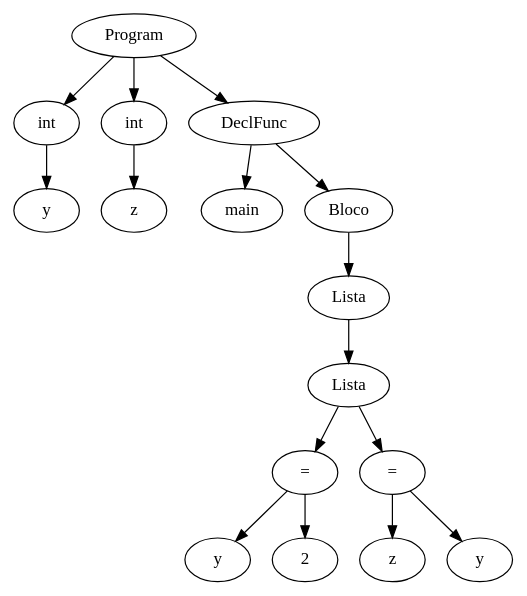
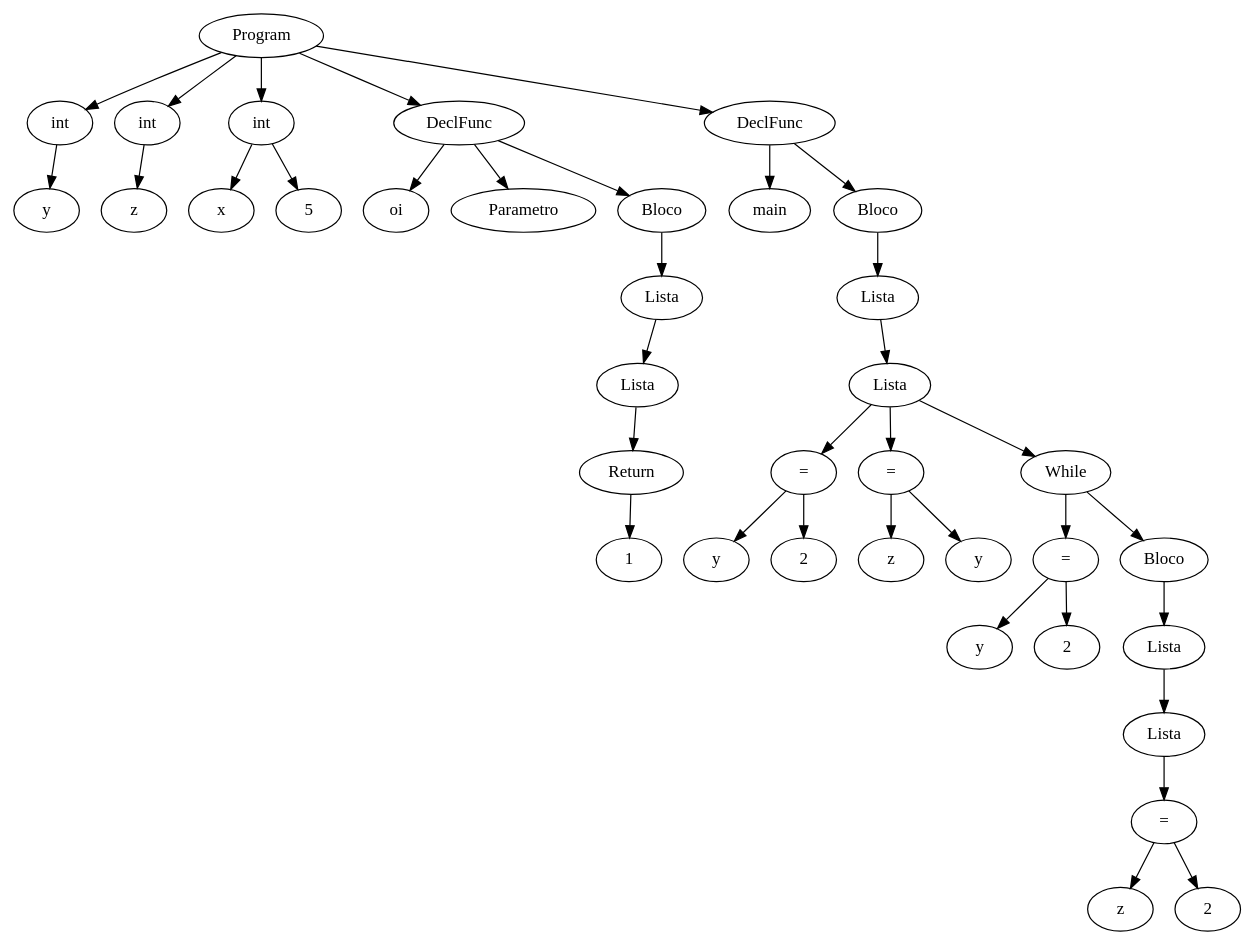
Before and after one commit to parkvivi/Compiladores-Unifesp: the diagram in arvore.dot, drawn with Graphviz. The commit also changed 3 other files, not shown here.

```diff
--- a/arvore.dot
+++ b/arvore.dot
@@ -1,47 +1,110 @@
 digraph AST {
-  node006D0E88[label="Program"];
-  node006D2FA0[label="int"];
-  node006D0E88 -> node006D2FA0;
-  node006D2FA0[label="int"];
-  node006D0C80[label="y"];
-  node006D2FA0 -> node006D0C80;
-  node006D0E88[label="Program"];
-  node006D0CB8[label="int"];
-  node006D0E88 -> node006D0CB8;
-  node006D0CB8[label="int"];
-  node006D0CD0[label="z"];
-  node006D0CB8 -> node006D0CD0;
-  node006D0E88[label="Program"];
-  node006D0558[label="DeclFunc"];
-  node006D0E88 -> node006D0558;
-  node006D0558[label="DeclFunc"];
-  node006D0540[label="main"];
-  node006D0558 -> node006D0540;
-  node006D0558[label="DeclFunc"];
-  node006D0528[label="Bloco"];
-  node006D0558 -> node006D0528;
-  node006D0528[label="Bloco"];
-  node006D0510[label="Lista"];
-  node006D0528 -> node006D0510;
-  node006D0510[label="Lista"];
-  node006D04B0[label="Lista"];
-  node006D0510 -> node006D04B0;
-  node006D04B0[label="Lista"];
-  node006D0D18[label="="];
-  node006D04B0 -> node006D0D18;
-  node006D0D18[label="="];
-  node006D0CE8[label="y"];
-  node006D0D18 -> node006D0CE8;
-  node006D0D18[label="="];
-  node006D0D00[label="2"];
-  node006D0D18 -> node006D0D00;
-  node006D04B0[label="Lista"];
-  node006D04F8[label="="];
-  node006D04B0 -> node006D04F8;
-  node006D04F8[label="="];
-  node006D04C8[label="z"];
-  node006D04F8 -> node006D04C8;
-  node006D04F8[label="="];
-  node006D04E0[label="y"];
-  node006D04F8 -> node006D04E0;
+  node00DD04C8[label="Program"];
+  node00DD1848[label="int"];
+  node00DD04C8 -> node00DD1848;
+  node00DD1848[label="int"];
+  node00DD04B0[label="y"];
+  node00DD1848 -> node00DD04B0;
+  node00DD04C8[label="Program"];
+  node00DD0520[label="int"];
+  node00DD04C8 -> node00DD0520;
+  node00DD0520[label="int"];
+  node00DD0548[label="z"];
+  node00DD0520 -> node00DD0548;
+  node00DD04C8[label="Program"];
+  node00DD05A0[label="int"];
+  node00DD04C8 -> node00DD05A0;
+  node00DD05A0[label="int"];
+  node00DD1548[label="x"];
+  node00DD05A0 -> node00DD1548;
+  node00DD05A0[label="int"];
+  node00DD1570[label="5"];
+  node00DD05A0 -> node00DD1570;
+  node00DD04C8[label="Program"];
+  node00DDA868[label="DeclFunc"];
+  node00DD04C8 -> node00DDA868;
+  node00DDA868[label="DeclFunc"];
+  node00DDA7E8[label="oi"];
+  node00DDA868 -> node00DDA7E8;
+  node00DDA868[label="DeclFunc"];
+  node00DD15A0[label="Parametro"];
+  node00DDA868 -> node00DD15A0;
+  node00DDA868[label="DeclFunc"];
+  node00DDA7C0[label="Bloco"];
+  node00DDA868 -> node00DDA7C0;
+  node00DDA7C0[label="Bloco"];
+  node00DDA7A8[label="Lista"];
+  node00DDA7C0 -> node00DDA7A8;
+  node00DDA7A8[label="Lista"];
+  node00DD1608[label="Lista"];
+  node00DDA7A8 -> node00DD1608;
+  node00DD1608[label="Lista"];
+  node00DD15E0[label="Return"];
+  node00DD1608 -> node00DD15E0;
+  node00DD15E0[label="Return"];
+  node00DD15C8[label="1"];
+  node00DD15E0 -> node00DD15C8;
+  node00DD04C8[label="Program"];
+  node00DDB258[label="DeclFunc"];
+  node00DD04C8 -> node00DDB258;
+  node00DDB258[label="DeclFunc"];
+  node00DDB210[label="main"];
+  node00DDB258 -> node00DDB210;
+  node00DDB258[label="DeclFunc"];
+  node00DDB1F8[label="Bloco"];
+  node00DDB258 -> node00DDB1F8;
+  node00DDB1F8[label="Bloco"];
+  node00DDB360[label="Lista"];
+  node00DDB1F8 -> node00DDB360;
+  node00DDB360[label="Lista"];
+  node00DDA8F8[label="Lista"];
+  node00DDB360 -> node00DDA8F8;
+  node00DDA8F8[label="Lista"];
+  node00DDA928[label="="];
+  node00DDA8F8 -> node00DDA928;
+  node00DDA928[label="="];
+  node00DDA940[label="y"];
+  node00DDA928 -> node00DDA940;
+  node00DDA928[label="="];
+  node00DDA9A0[label="2"];
+  node00DDA928 -> node00DDA9A0;
+  node00DDA8F8[label="Lista"];
+  node00DDA8C8[label="="];
+  node00DDA8F8 -> node00DDA8C8;
+  node00DDA8C8[label="="];
+  node00DDA958[label="z"];
+  node00DDA8C8 -> node00DDA958;
+  node00DDA8C8[label="="];
+  node00DDA9E8[label="y"];
+  node00DDA8C8 -> node00DDA9E8;
+  node00DDA8F8[label="Lista"];
+  node00DDA898[label="While"];
+  node00DDA8F8 -> node00DDA898;
+  node00DDA898[label="While"];
+  node00DDA988[label="="];
+  node00DDA898 -> node00DDA988;
+  node00DDA988[label="="];
+  node00DDA910[label="y"];
+  node00DDA988 -> node00DDA910;
+  node00DDA988[label="="];
+  node00DDA8E0[label="2"];
+  node00DDA988 -> node00DDA8E0;
+  node00DDA898[label="While"];
+  node00DDA880[label="Bloco"];
+  node00DDA898 -> node00DDA880;
+  node00DDA880[label="Bloco"];
+  node00DDA850[label="Lista"];
+  node00DDA880 -> node00DDA850;
+  node00DDA850[label="Lista"];
+  node00DDA838[label="Lista"];
+  node00DDA850 -> node00DDA838;
+  node00DDA838[label="Lista"];
+  node00DDAA00[label="="];
+  node00DDA838 -> node00DDAA00;
+  node00DDAA00[label="="];
+  node00DDA9B8[label="z"];
+  node00DDAA00 -> node00DDA9B8;
+  node00DDAA00[label="="];
+  node00DDA9D0[label="2"];
+  node00DDAA00 -> node00DDA9D0;
 }
```
